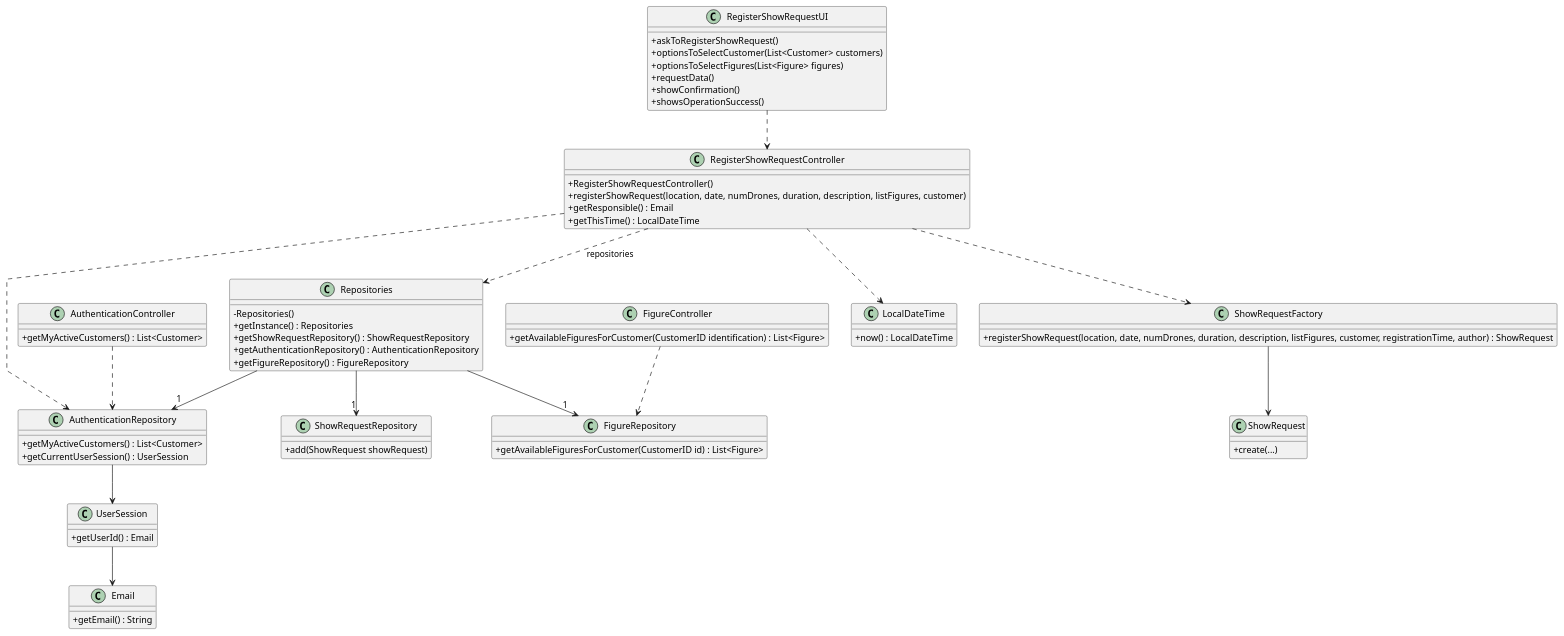
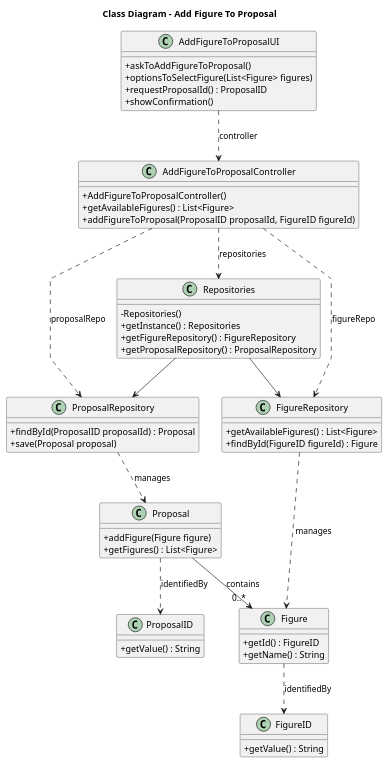
The diagram in docs/planning/sprint3/EAPLI/US312 - Add figures to a proposal (Jorge)/03.design/puml/class_diagram.puml (SAEmanuel/Shodrone_ISEP), drawn with PlantUML before and after one commit. The commit also changed 5 other files, not shown here.

```diff
--- a/docs/planning/sprint3/EAPLI/US312 - Add figures to a proposal (Jorge)/03.design/puml/class_diagram.puml
+++ b/docs/planning/sprint3/EAPLI/US312 - Add figures to a proposal (Jorge)/03.design/puml/class_diagram.puml
@@ -1,90 +1,72 @@
 @startuml
 skinparam packageStyle rectangle
 skinparam shadowing false
 skinparam linetype polyline
 skinparam classAttributeIconSize 0
 
+title Class Diagram - Add Figure To Proposal
+
 class Repositories {
     - Repositories()
     + getInstance() : Repositories
-    + getShowRequestRepository() : ShowRequestRepository
-    + getAuthenticationRepository() : AuthenticationRepository
     + getFigureRepository() : FigureRepository
+    + getProposalRepository() : ProposalRepository
 }
 
-class AuthenticationController {
-    + getMyActiveCustomers() : List<Customer>
+class AddFigureToProposalUI {
+    + askToAddFigureToProposal()
+    + optionsToSelectFigure(List<Figure> figures)
+    + requestProposalId() : ProposalID
+    + showConfirmation()
 }
 
-class FigureController {
-    + getAvailableFiguresForCustomer(CustomerID identification) : List<Figure>
+class AddFigureToProposalController {
+    + AddFigureToProposalController()
+    + getAvailableFigures() : List<Figure>
+    + addFigureToProposal(ProposalID proposalId, FigureID figureId)
 }
 
-class RegisterShowRequestController {
-    + RegisterShowRequestController()
-    + registerShowRequest(location, date, numDrones, duration, description, listFigures, customer)
-    + getResponsible() : Email
-    + getThisTime() : LocalDateTime
-}
-
-class RegisterShowRequestUI {
-    + askToRegisterShowRequest()
-    + optionsToSelectCustomer(List<Customer> customers)
-    + optionsToSelectFigures(List<Figure> figures)
-    + requestData()
-    + showConfirmation()
-    + showsOperationSuccess()
-}
-
-class ShowRequestFactory {
-    + registerShowRequest(location, date, numDrones, duration, description, listFigures, customer, registrationTime, author) : ShowRequest
-}
-
-class ShowRequest {
-    + create(...)
-}
-
-class AuthenticationRepository {
-    + getMyActiveCustomers() : List<Customer>
-    + getCurrentUserSession() : UserSession
+class ProposalRepository {
+    + findById(ProposalID proposalId) : Proposal
+    + save(Proposal proposal)
 }
 
 class FigureRepository {
-    + getAvailableFiguresForCustomer(CustomerID id) : List<Figure>
+    + getAvailableFigures() : List<Figure>
+    + findById(FigureID figureId) : Figure
 }
 
-class ShowRequestRepository {
-    + add(ShowRequest showRequest)
+class Proposal {
+    + addFigure(Figure figure)
+    + getFigures() : List<Figure>
 }
 
-class UserSession {
-    + getUserId() : Email
+class Figure {
+    + getId() : FigureID
+    + getName() : String
 }
 
-class Email {
-    + getEmail() : String
+class ProposalID {
+    + getValue() : String
 }
 
-class LocalDateTime {
-    + now() : LocalDateTime
+class FigureID {
+    + getValue() : String
 }
 
-RegisterShowRequestUI ..> RegisterShowRequestController
-RegisterShowRequestController ..> Repositories : repositories
-Repositories --> "1" ShowRequestRepository
-Repositories --> "1" AuthenticationRepository
-Repositories --> "1" FigureRepository
+AddFigureToProposalUI ..> AddFigureToProposalController : controller
+AddFigureToProposalController ..> Repositories : repositories
+Repositories --> ProposalRepository
+Repositories --> FigureRepository
 
-RegisterShowRequestController ..> AuthenticationRepository
-AuthenticationController ..> AuthenticationRepository
-AuthenticationRepository --> UserSession
-UserSession --> Email
+AddFigureToProposalController ..> ProposalRepository : proposalRepo
+AddFigureToProposalController ..> FigureRepository : figureRepo
 
-RegisterShowRequestController ..> ShowRequestFactory
-ShowRequestFactory --> ShowRequest
+ProposalRepository ..> Proposal : manages
+FigureRepository ..> Figure : manages
 
-RegisterShowRequestController ..> LocalDateTime
-
-FigureController ..> FigureRepository
+Proposal --> "0..*" Figure : contains
+Proposal ..> ProposalID : identifiedBy
+Figure ..> FigureID : identifiedBy
 
 @enduml
```
